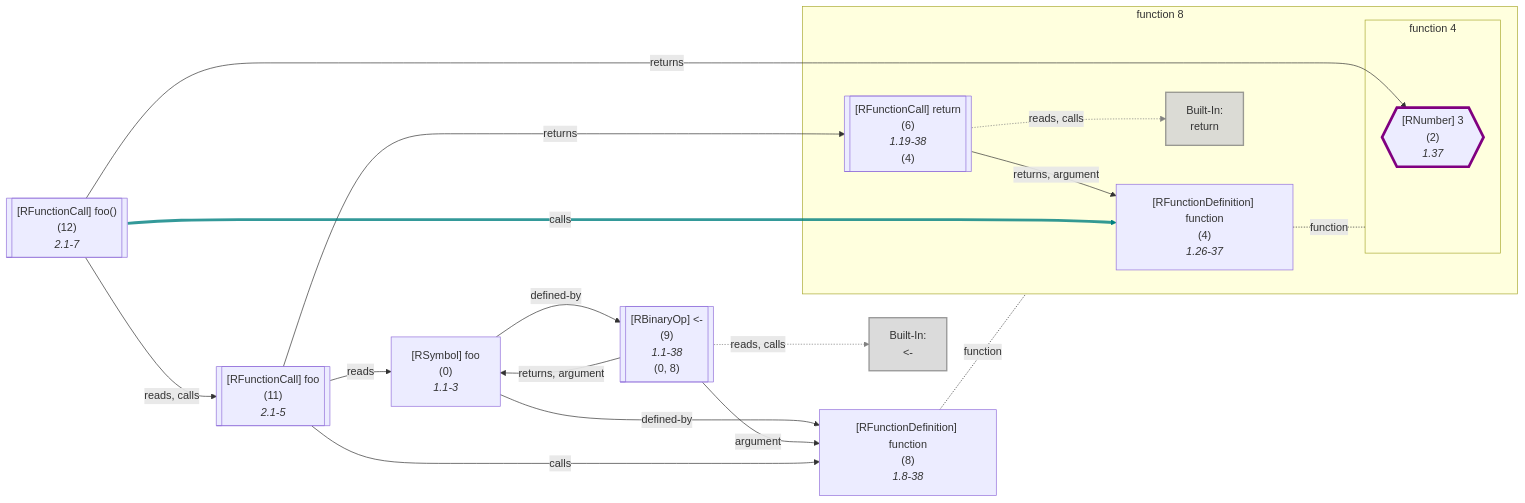
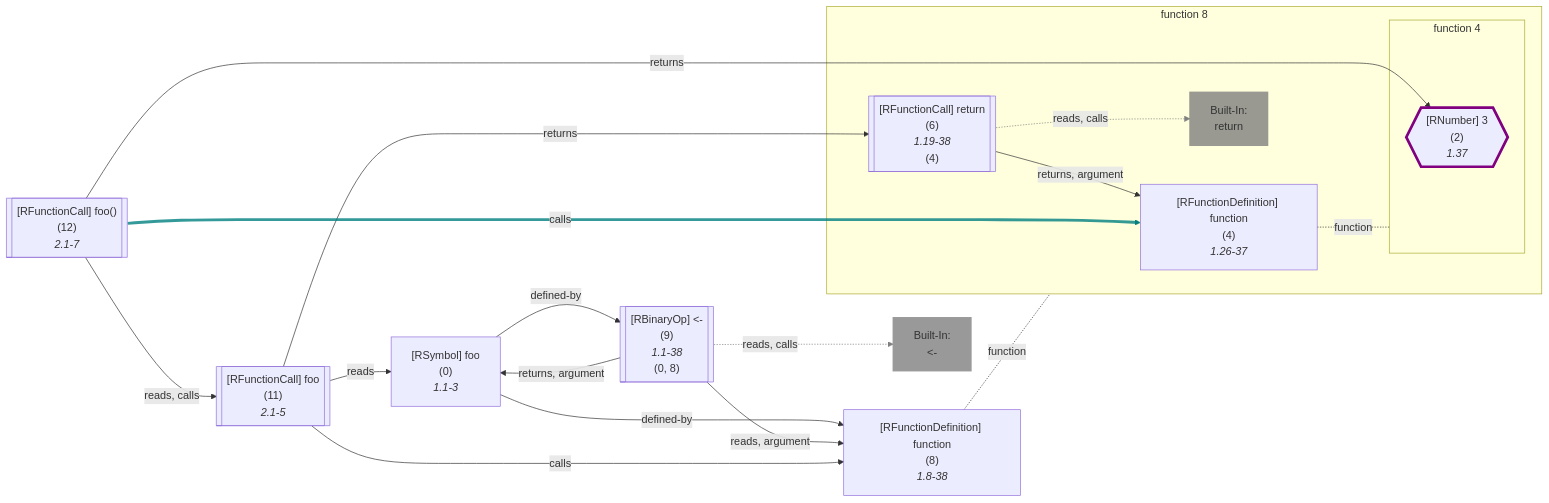
Before and after one commit to flowr-analysis/flowr: diagram 16 of 51 in wiki/Dataflow Graph.md, drawn with Mermaid. The commit also changed other lines of this file and 18 other files, not shown here.

````diff
--- a/wiki/Dataflow Graph.md
+++ b/wiki/Dataflow Graph.md
@@ -2365,74 +2367,74 @@
 ```mermaid
 flowchart LR
     8["`#91;RFunctionDefinition#93; function
       (8)
       *1.8-38*`"]
 
 subgraph "flow-8" [function 8]
     %% Environment of 4 [level: 1]:
     %% Built-in
-    %% 4324----------------------------------------
-    %% 4325----------------------------------------
+    %% 442----------------------------------------
+    %% 443----------------------------------------
     4["`#91;RFunctionDefinition#93; function
       (4)
       *1.26-37*`"]
 
 subgraph "flow-4" [function 4]
     2{{"`#91;RNumber#93; 3
       (2)
       *1.37*`"}}
     style 2 stroke:purple,stroke-width:4px; 
 end
     6[["`#91;RFunctionCall#93; return
       (6)
       *1.19-38*
     (4)`"]]
     built-in:return["`Built-In:
 return`"]
-    style built-in:return stroke:gray,fill:lightgray,stroke-width:2px,opacity:.8;
+    style built-in:return stroke:gray,fill:gray,stroke-width:2px,opacity:.8;
 end
     0["`#91;RSymbol#93; foo
       (0)
       *1.1-3*`"]
     9[["`#91;RBinaryOp#93; #60;#45;
       (9)
       *1.1-38*
     (0, 8)`"]]
     built-in:_-["`Built-In:
 #60;#45;`"]
-    style built-in:_- stroke:gray,fill:lightgray,stroke-width:2px,opacity:.8;
+    style built-in:_- stroke:gray,fill:gray,stroke-width:2px,opacity:.8;
     %% Environment of 11 [level: 0]:
     %% Built-in
-    %% 4351----------------------------------------
+    %% 469----------------------------------------
     %%   foo: {**foo** (id: 0, type: Function, def. @9)}
     11[["`#91;RFunctionCall#93; foo
       (11)
       *2.1-5*`"]]
     %% Environment of 12 [level: 0]:
     %% Built-in
-    %% 4353----------------------------------------
+    %% 471----------------------------------------
     %%   foo: {**foo** (id: 0, type: Function, def. @9)}
     12[["`#91;RFunctionCall#93; foo()
       (12)
       *2.1-7*`"]]
 4 -.-|function| flow-4
 
     6 -->|"returns, argument"| 4
     6 -.->|"reads, calls"| built-in:return
     linkStyle 2 stroke:gray;
 8 -.-|function| flow-8
 
     0 -->|"defined-by"| 8
     0 -->|"defined-by"| 9
-    9 -->|"argument"| 8
+    9 -->|"reads, argument"| 8
     9 -->|"returns, argument"| 0
     9 -.->|"reads, calls"| built-in:_-
     linkStyle 8 stroke:gray;
     11 -->|"reads"| 0
     11 -->|"returns"| 6
     11 -->|"calls"| 8
     12 -->|"reads, calls"| 11
     12 -->|"returns"| 2
     12 -->|"calls"| 4
     linkStyle 14 stroke:teal,stroke-width:4.2px,stroke-opacity:.8
 ```
````
